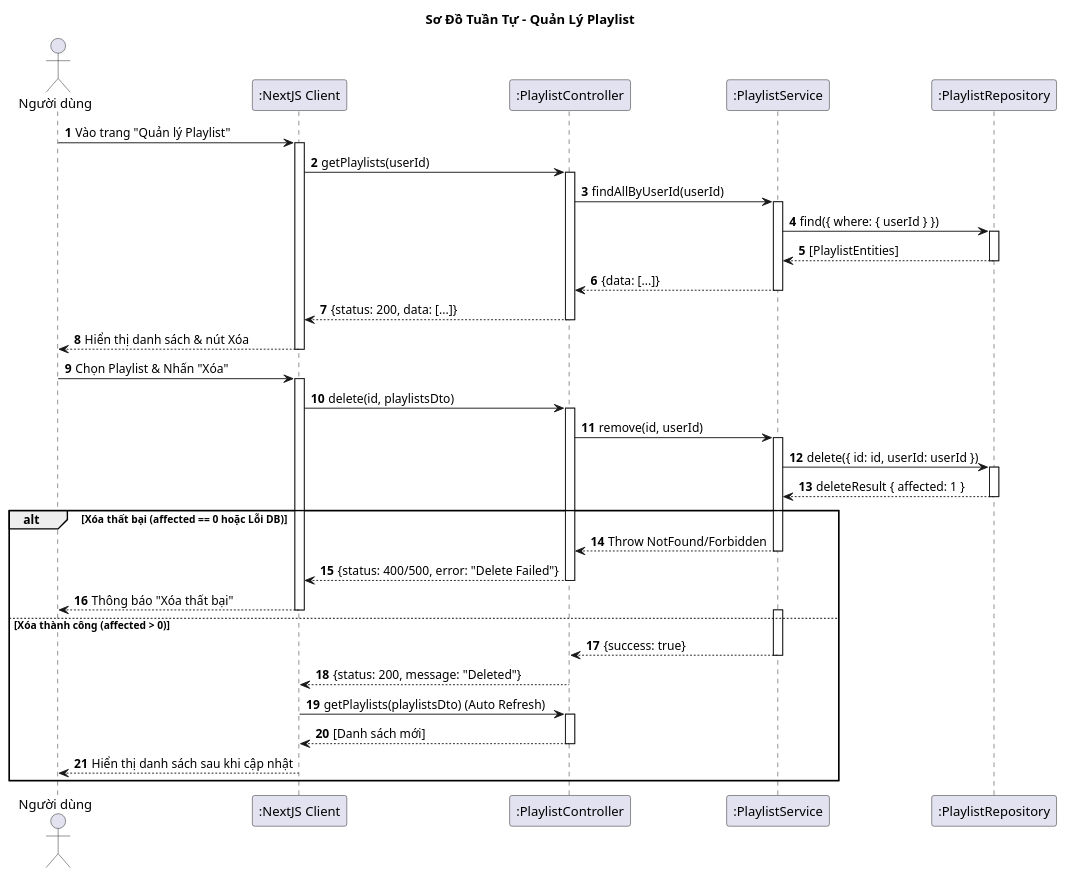
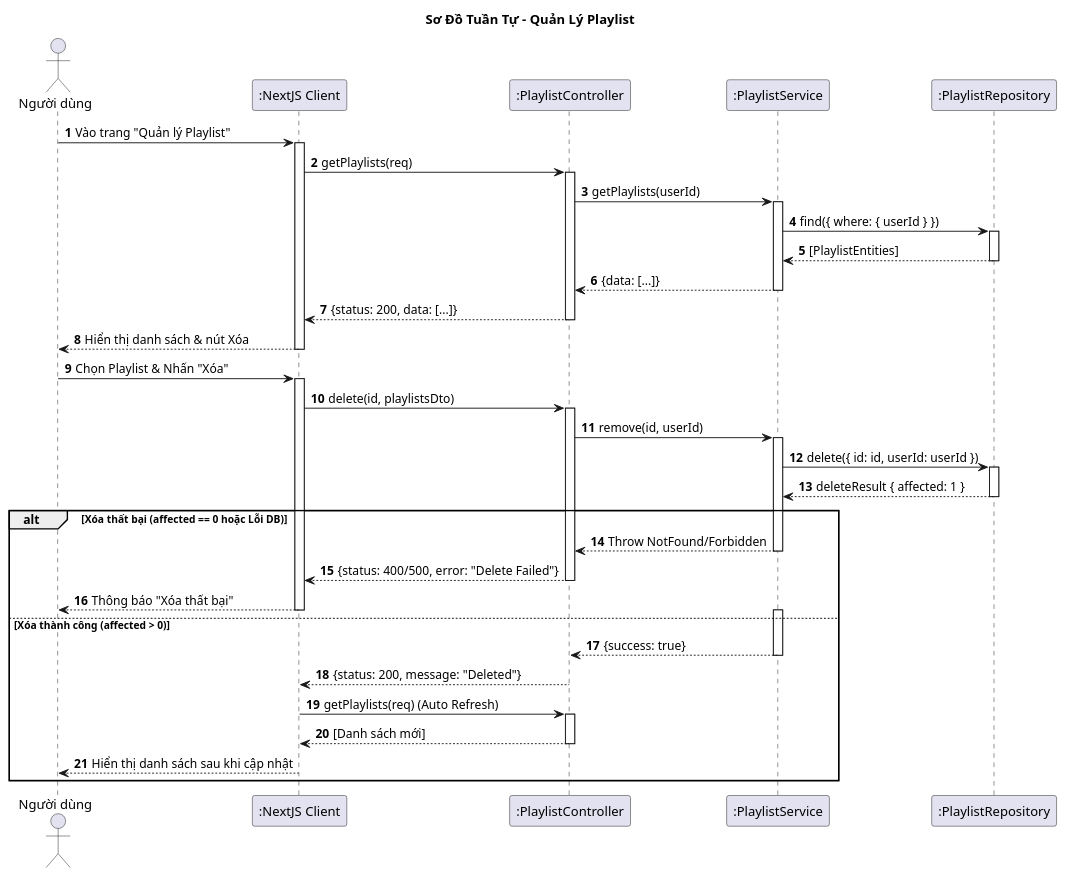
One commit to vinh047/soundwave changed the diagram in Diagrams/SequenceDiagram/ManagePlaylistSD.plantuml. Above: the diagram before and after it, drawn with PlantUML. The commit also changed 20 other files, not shown here.

```diff
--- a/Diagrams/SequenceDiagram/ManagePlaylistSD.plantuml
+++ b/Diagrams/SequenceDiagram/ManagePlaylistSD.plantuml
@@ -1,82 +1,82 @@
 @startuml Sequence Diagram - Quản Lý Playlist 
 
 title Sơ Đồ Tuần Tự - Quản Lý Playlist 
 
 actor "Người dùng" as User
 participant ":NextJS Client" as UI
 participant ":PlaylistController" as Controller
 participant ":PlaylistService" as Service
 participant ":PlaylistRepository" as DB
 
 autonumber
 
 ' === BƯỚC 1: TẢI DANH SÁCH ===
 User -> UI: Vào trang "Quản lý Playlist"
 activate UI
-UI -> Controller: getPlaylists(userId)
+UI -> Controller: getPlaylists(req)
 activate Controller
 
 ' Lấy userId từ token (req.user.id)
-Controller -> Service: findAllByUserId(userId)
+Controller -> Service: getPlaylists(userId)
 activate Service
 
 Service -> DB: find({ where: { userId } })
 activate DB
 DB --> Service: [PlaylistEntities]
 deactivate DB
 
 Service --> Controller: {data: [...]}
 deactivate Service
 Controller --> UI: {status: 200, data: [...]}
 deactivate Controller
 UI --> User: Hiển thị danh sách & nút Xóa
 deactivate UI
 
 ' === BƯỚC 3.3: XÓA PLAYLIST ===
 User -> UI: Chọn Playlist & Nhấn "Xóa"
 activate UI
 UI -> Controller: delete(id, playlistsDto)
 activate Controller
 
 ' Luôn truyền userId để check quyền
 Controller -> Service: remove(id, userId)
 activate Service
 
 ' === XỬ LÝ XÓA AN TOÀN (Check Owner) ===
 ' Cách 1: Dùng delete với điều kiện userId (Nhanh gọn)
 Service -> DB: delete({ id: id, userId: userId })
 activate DB
 DB --> Service: deleteResult { affected: 1 }
 deactivate DB
 
 alt Xóa thất bại (affected == 0 hoặc Lỗi DB)
     ' affected = 0 nghĩa là ID không tồn tại hoặc không phải của User này
     Service --> Controller: Throw NotFound/Forbidden
     deactivate Service
     Controller --> UI: {status: 400/500, error: "Delete Failed"}
     deactivate Controller
     
     UI --> User: Thông báo "Xóa thất bại"
     deactivate UI
 
 else Xóa thành công (affected > 0)
     ' Đã activate Service ở trên
     activate Service
     Service --> Controller: {success: true}
     deactivate Service
 
     ' === BƯỚC 4: LÀM MỚI DANH SÁCH ===
     ' Client tự gọi lại API lấy danh sách (Logic React/NextJS chuẩn)
     Controller --> UI: {status: 200, message: "Deleted"}
     deactivate Controller
     
-    UI -> Controller: getPlaylists(playlistsDto) (Auto Refresh)
+    UI -> Controller: getPlaylists(req) (Auto Refresh)
     activate Controller
     ' ... (Lặp lại quy trình lấy danh sách như Bước 1) ...
     Controller --> UI: [Danh sách mới]
     deactivate Controller
     
     UI --> User: Hiển thị danh sách sau khi cập nhật
     deactivate UI
 end
 @enduml
```
